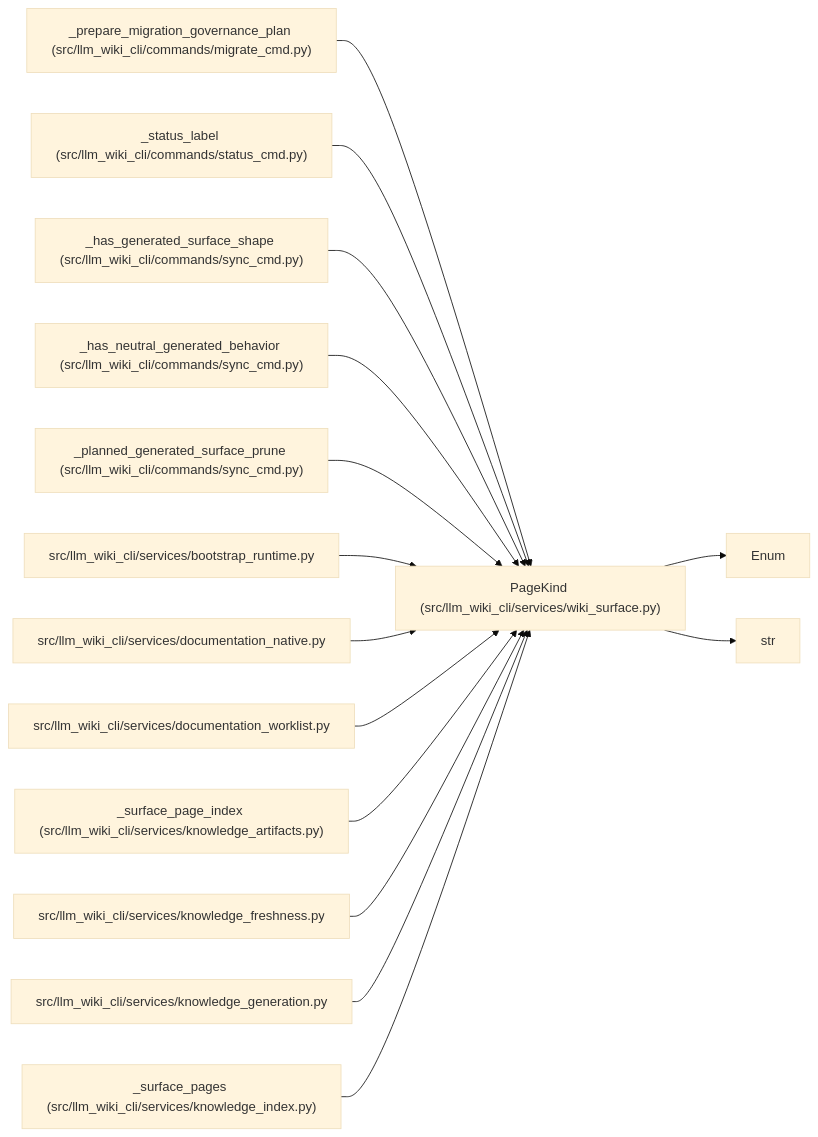
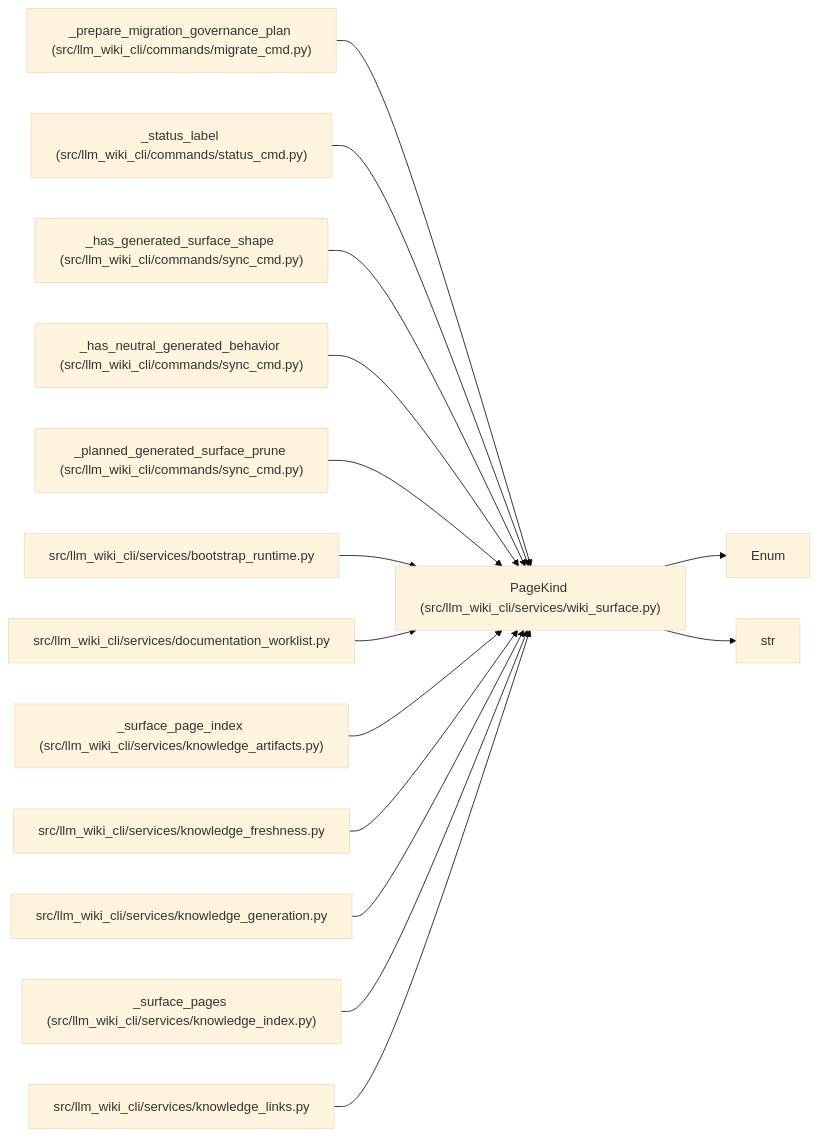
The diagram in docs/llm_wiki/entities/PageKind.md (Denissvgn/python-wiki-llm), drawn with Mermaid (base theme) before and after one commit. The commit also changed other lines of this file and 537 other files, not shown here.

````diff
--- a/docs/llm_wiki/entities/PageKind.md
+++ b/docs/llm_wiki/entities/PageKind.md
@@ -35,45 +35,45 @@
 ```mermaid
 flowchart LR
     n0["PageKind (src/llm_wiki_cli/services/wiki_surface.py)"]
     n1["Enum"]
     n2["str"]
     n3["_prepare_migration_governance_plan (src/llm_wiki_cli/commands/migrate_cmd.py)"]
     n4["_status_label (src/llm_wiki_cli/commands/status_cmd.py)"]
     n5["_has_generated_surface_shape (src/llm_wiki_cli/commands/sync_cmd.py)"]
     n6["_has_neutral_generated_behavior (src/llm_wiki_cli/commands/sync_cmd.py)"]
     n7["_planned_generated_surface_prune (src/llm_wiki_cli/commands/sync_cmd.py)"]
     n8["src/llm_wiki_cli/services/bootstrap_runtime.py"]
-    n9["src/llm_wiki_cli/services/documentation_native.py"]
-    n10["src/llm_wiki_cli/services/documentation_worklist.py"]
-    n11["_surface_page_index (src/llm_wiki_cli/services/knowledge_artifacts.py)"]
-    n12["src/llm_wiki_cli/services/knowledge_freshness.py"]
-    n13["src/llm_wiki_cli/services/knowledge_generation.py"]
-    n14["_surface_pages (src/llm_wiki_cli/services/knowledge_index.py)"]
+    n9["src/llm_wiki_cli/services/documentation_worklist.py"]
+    n10["_surface_page_index (src/llm_wiki_cli/services/knowledge_artifacts.py)"]
+    n11["src/llm_wiki_cli/services/knowledge_freshness.py"]
+    n12["src/llm_wiki_cli/services/knowledge_generation.py"]
+    n13["_surface_pages (src/llm_wiki_cli/services/knowledge_index.py)"]
+    n14["src/llm_wiki_cli/services/knowledge_links.py"]
     n0 --> n1
     n0 --> n2
     n3 --> n0
     n4 --> n0
     n5 --> n0
     n6 --> n0
     n7 --> n0
     n8 --> n0
     n9 --> n0
     n10 --> n0
     n11 --> n0
     n12 --> n0
     n13 --> n0
     n14 --> n0
     click n0 "../modules/wiki_surface.md"
     click n3 "../modules/migrate_cmd.md"
     click n4 "../modules/status_cmd.md"
     click n5 "../modules/sync_cmd.md"
     click n6 "../modules/sync_cmd.md"
     click n7 "../modules/sync_cmd.md"
     click n8 "../modules/bootstrap_runtime.md"
-    click n9 "../modules/documentation_native.md"
-    click n10 "../modules/documentation_worklist.md"
-    click n11 "../modules/knowledge_artifacts.md"
-    click n12 "../modules/knowledge_freshness.md"
-    click n13 "../modules/knowledge_generation.md"
-    click n14 "../modules/knowledge_index.md"
+    click n9 "../modules/documentation_worklist.md"
+    click n10 "../modules/knowledge_artifacts.md"
+    click n11 "../modules/knowledge_freshness.md"
+    click n12 "../modules/knowledge_generation.md"
+    click n13 "../modules/knowledge_index.md"
+    click n14 "../modules/knowledge_links.md"
 ```
````
